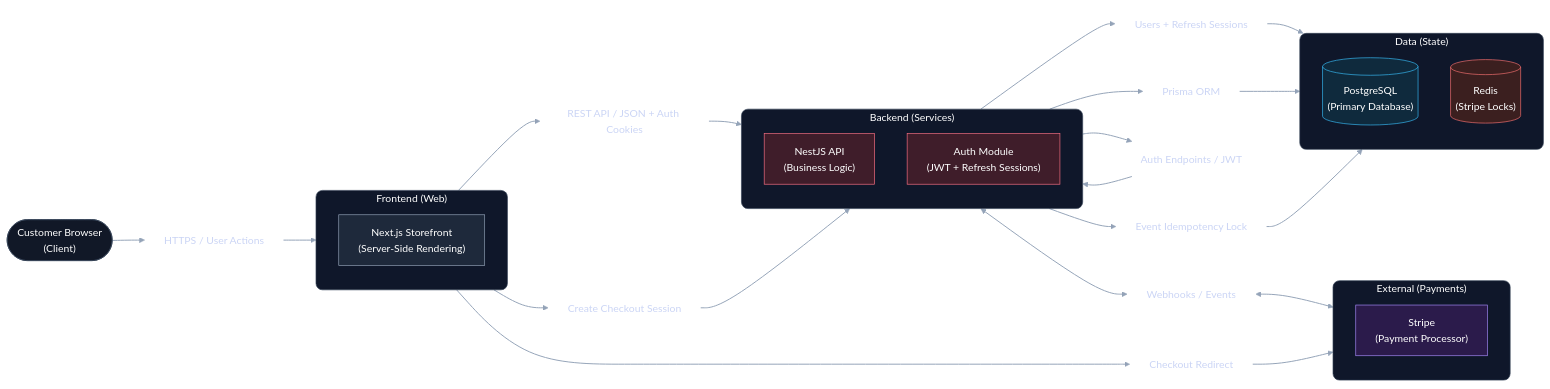
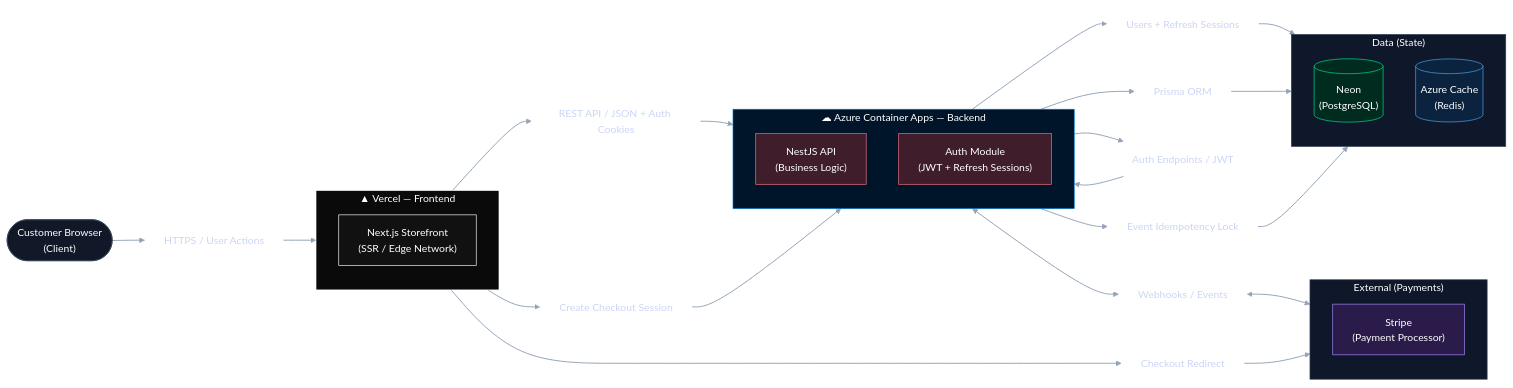
One commit to hua0-richard/gpu-store changed the diagram in README.md. Above: the diagram before and after it, drawn with Mermaid.

Commit message:
Update architecture diagram to show deployment platforms
- Vercel subgraph border (black/white) for Frontend
- Azure Container Apps subgraph border (blue) for Backend
- Neon node (green) replacing generic PostgreSQL
- Azure Cache node (blue) replacing generic Redis
- Node labels updated to name the hosting service

```diff
--- a/README.md
+++ b/README.md
@@ -68,12 +68,12 @@
     %% Nodes
     User(["Customer Browser<br/>(Client)"])
 
-    subgraph Frontend["Frontend (Web)"]
+    subgraph Frontend["▲ Vercel — Frontend"]
         direction TB
-        Web["Next.js Storefront<br/>(Server-Side Rendering)"]
+        Web["Next.js Storefront<br/>(SSR / Edge Network)"]
     end
 
-    subgraph Backend["Backend (Services)"]
+    subgraph Backend["☁ Azure Container Apps — Backend"]
         direction TB
         API["NestJS API<br/>(Business Logic)"]
         Auth["Auth Module<br/>(JWT + Refresh Sessions)"]
@@ -81,8 +81,8 @@
 
     subgraph Data["Data (State)"]
         direction TB
-        DB[("PostgreSQL<br/>(Primary Database)")]
-        Redis[("Redis<br/>(Stripe Locks)")]
+        DB[("Neon<br/>(PostgreSQL)")]
+        Redis[("Azure Cache<br/>(Redis)")]
     end
 
     subgraph External["External (Payments)"]
@@ -113,10 +113,10 @@
 
     %% Node styles
     classDef neutral fill:#111827,stroke:#334155,color:#ffffff;
-    classDef next fill:#1e293b,stroke:#94a3b8,color:#ffffff;
+    classDef next fill:#111111,stroke:#ffffff,color:#ffffff;
     classDef nest fill:#3f1d2a,stroke:#fb7185,color:#ffffff;
-    classDef postgres fill:#0f2a3d,stroke:#38bdf8,color:#ffffff;
-    classDef redis fill:#3b1f1f,stroke:#f87171,color:#ffffff;
+    classDef neon fill:#002b1f,stroke:#00e599,color:#ffffff;
+    classDef azurecache fill:#0c2340,stroke:#50abf1,color:#ffffff;
     classDef stripe fill:#2b1b4b,stroke:#a78bfa,color:#ffffff;
 
     %% Text-only label style (GitHub-safe)
@@ -126,17 +126,17 @@
     class User neutral;
     class Web next;
     class API,Auth nest;
-    class DB postgres;
-    class Redis redis;
+    class DB neon;
+    class Redis azurecache;
     class Stripe stripe;
 
     class L_User_Web,L_Web_API,L_API_DB,L_API_Redis,L_API_Auth,L_Auth_DB,L_API_Stripe,L_Web_Stripe,L_API_Checkout edgeText;
 
     %% Subgraph styles
-    style Frontend fill:#0f172a,stroke:#334155,color:#ffffff,stroke-width:1px,rx:10,ry:10
-    style Backend fill:#0f172a,stroke:#334155,color:#ffffff,stroke-width:1px,rx:10,ry:10
-    style Data fill:#0f172a,stroke:#334155,color:#ffffff,stroke-width:1px,rx:10,ry:10
-    style External fill:#0f172a,stroke:#334155,color:#ffffff,stroke-width:1px,rx:10,ry:10
+    style Frontend fill:#0a0a0a,stroke:#ffffff,color:#ffffff,stroke-width:1px
+    style Backend fill:#001529,stroke:#0078d4,color:#ffffff,stroke-width:1px
+    style Data fill:#0f172a,stroke:#334155,color:#ffffff,stroke-width:1px
+    style External fill:#0f172a,stroke:#334155,color:#ffffff,stroke-width:1px
 
     %% Edge style
     linkStyle default stroke:#94a3b8,stroke-width:1.5px
```
